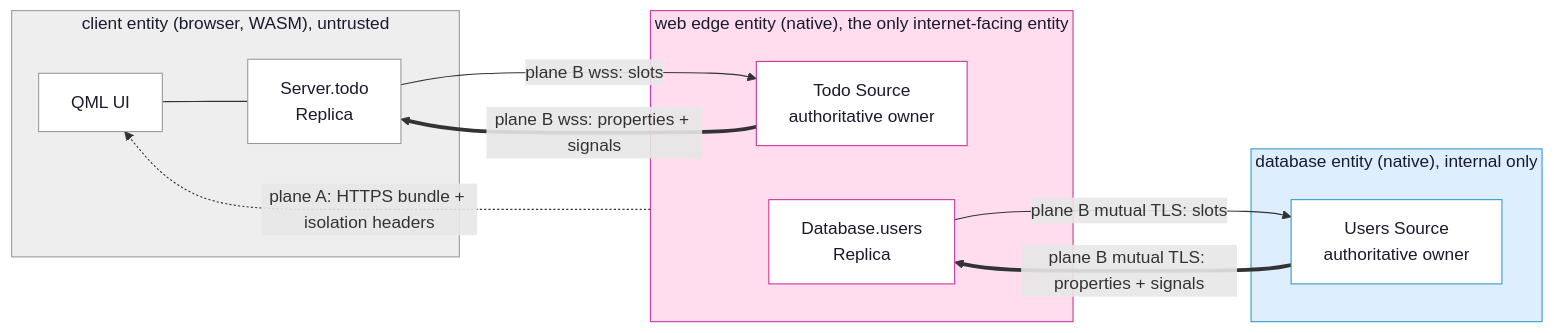
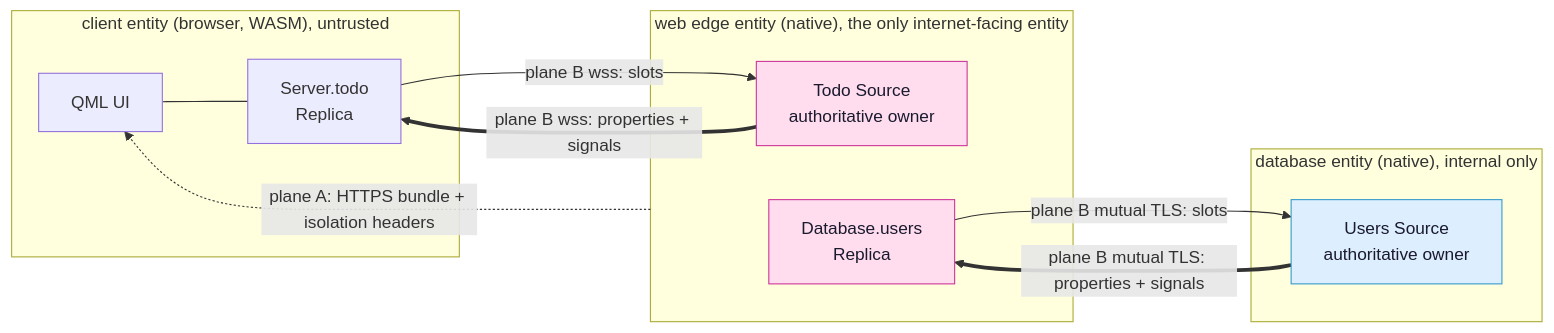
Before and after one commit to Kidev/SynQt: the first of 2 diagrams in docs/architecture.md, drawn with Mermaid. The commit also changed 1 other file, not shown here.

Commit message:
Hide the drawer logo off mobile, and give plane C the house diagram colours

````diff
--- a/docs/architecture.md
+++ b/docs/architecture.md
@@ -126,33 +126,28 @@
 ```mermaid
 flowchart LR
-  subgraph browser["<span style='color:#1a1a2e'>client entity (browser, WASM), untrusted</span>"]
-    ui["<span style='color:#1a1a2e'>QML UI</span>"]
-    rtodo["<span style='color:#1a1a2e'>Server.todo<br/>Replica</span>"]
+  subgraph browser["client entity (browser, WASM), untrusted"]
+    ui["QML UI"]
+    rtodo["Server.todo<br/>Replica"]
     ui --- rtodo
   end
 
-  subgraph edge["<span style='color:#1a1a2e'>web edge entity (native), the only internet-facing entity</span>"]
+  subgraph edge["web edge entity (native), the only internet-facing entity"]
     stodo["<span style='color:#1a1a2e'>Todo Source<br/>authoritative owner</span>"]
     rusers["<span style='color:#1a1a2e'>Database.users<br/>Replica</span>"]
   end
 
-  subgraph db["<span style='color:#1a1a2e'>database entity (native), internal only</span>"]
+  subgraph db["database entity (native), internal only"]
     susers["<span style='color:#1a1a2e'>Users Source<br/>authoritative owner</span>"]
   end
 
   edge -.->|"plane A: HTTPS bundle + isolation headers"| ui
 
   stodo ==>|"plane B wss: properties + signals"| rtodo
   rtodo -->|"plane B wss: slots"| stodo
   susers ==>|"plane B mutual TLS: properties + signals"| rusers
   rusers -->|"plane B mutual TLS: slots"| susers
 
-  style ui fill:#fff,stroke:#999
-  style rtodo fill:#fff,stroke:#999
-  style stodo fill:#fff,stroke:#c39
-  style rusers fill:#fff,stroke:#c39
-  style susers fill:#fff,stroke:#39c
-  style edge fill:#fde,stroke:#c39,color:#1a1a2e
-  style db fill:#def,stroke:#39c,color:#1a1a2e
-  style browser fill:#eee,stroke:#999,color:#1a1a2e
+  style stodo fill:#fde,stroke:#c39,color:#1a1a2e
+  style rusers fill:#fde,stroke:#c39,color:#1a1a2e
+  style susers fill:#def,stroke:#39c,color:#1a1a2e
 ```
````
